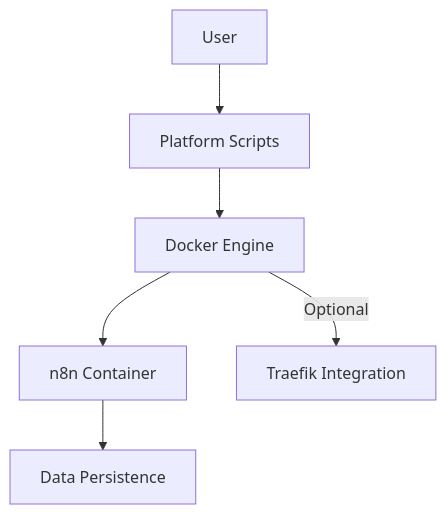
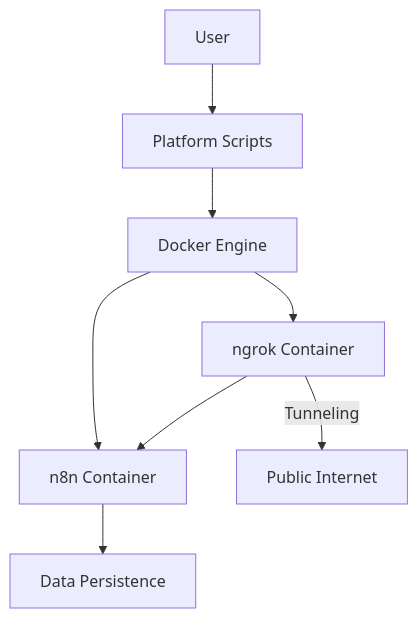
The diagram in memory-bank/systemPatterns.md (cristos-codence/docker_n8nSetup), drawn with Mermaid before and after one commit. The commit also changed other lines of this file and 12 other files, not shown here.

Commit message:
feat: Implement ngrok integration for secure tunneling

````diff
--- a/memory-bank/systemPatterns.md
+++ b/memory-bank/systemPatterns.md
@@ -7,8 +7,10 @@
 ```mermaid
 graph TD
     User[User] --> Scripts[Platform Scripts]
     Scripts --> Docker[Docker Engine]
     Docker --> N8N[n8n Container]
-    Docker --> |Optional| Traefik[Traefik Integration]
+    Docker --> Ngrok[ngrok Container]
+    Ngrok --> |Tunneling| Internet[Public Internet]
     N8N --> LocalVolume[Data Persistence]
+    Ngrok --> N8N
 ```
````
